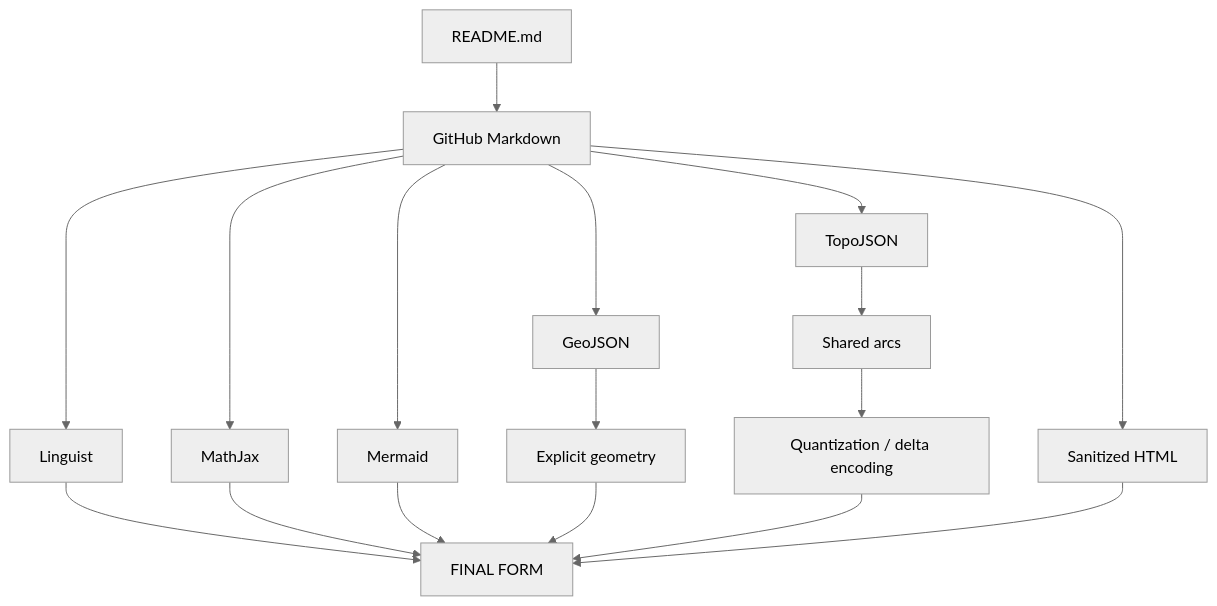
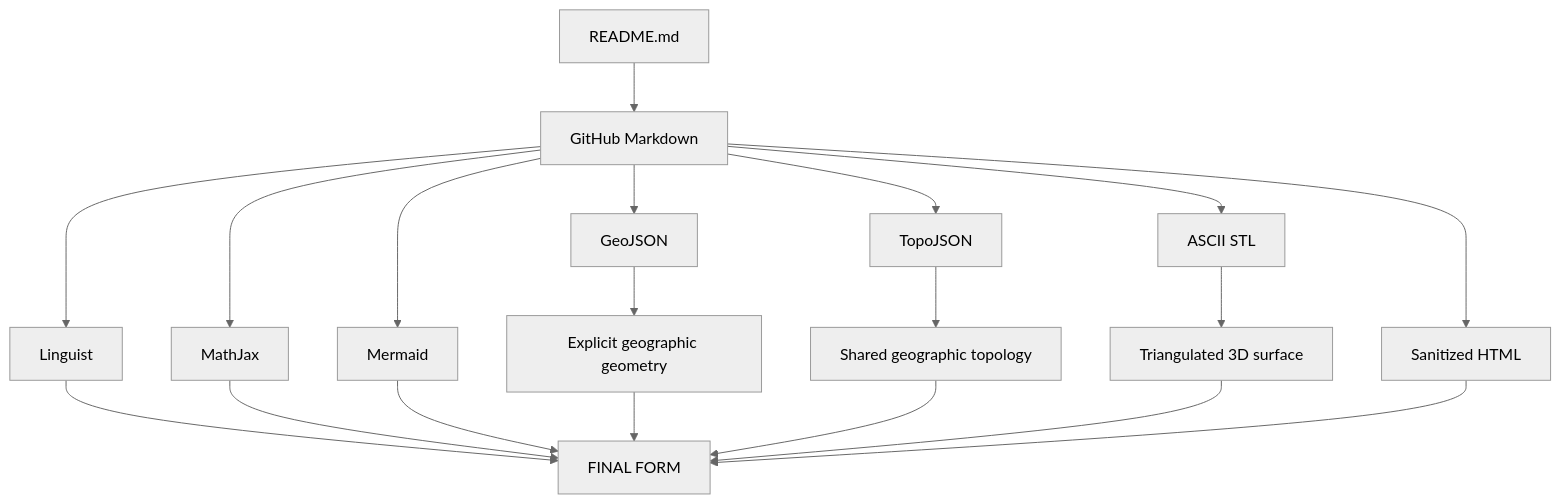
One commit to thiepn/markdown changed the eighth of 8 diagrams in README.md. Above: the diagram before and after it, drawn with Mermaid (neutral theme). The commit also changed other lines of this file, not shown here.

Commit message:
M12: build interactive ASCII STL and 3D showcase

````diff
--- a/README.md
+++ b/README.md
@@ -1691,21 +1852,23 @@
 ```mermaid
 flowchart TB
     README[README.md] --> GH[GitHub Markdown]
     GH --> CODE[Linguist]
     GH --> MATH[MathJax]
     GH --> DIAGRAM[Mermaid]
     GH --> GEO[GeoJSON]
     GH --> TOPO[TopoJSON]
+    GH --> MESH[ASCII STL]
     GH --> HTML[Sanitized HTML]
 
-    GEO --> COORD[Explicit geometry]
-    TOPO --> ARC[Shared arcs]
-    ARC --> TRANSFORM[Quantization / delta encoding]
+    GEO --> COORD[Explicit geographic geometry]
+    TOPO --> ARC[Shared geographic topology]
+    MESH --> TRI[Triangulated 3D surface]
 
     CODE --> FINAL[FINAL FORM]
     MATH --> FINAL
     DIAGRAM --> FINAL
     COORD --> FINAL
-    TRANSFORM --> FINAL
+    ARC --> FINAL
+    TRI --> FINAL
     HTML --> FINAL
 ```
````
